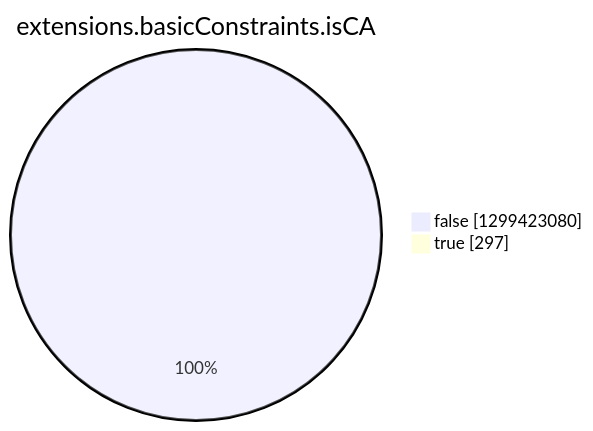
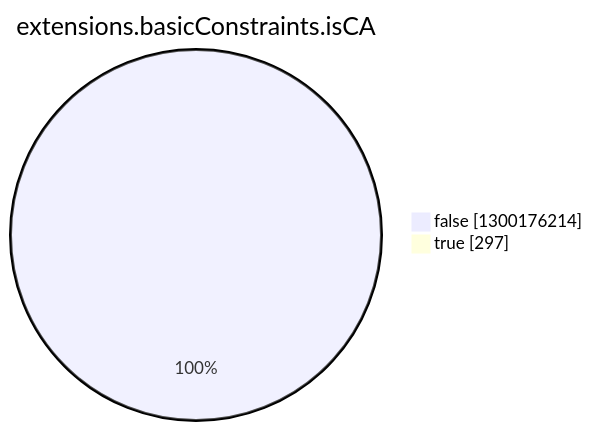
One commit to christiankrug/ctmonitor_visualization changed the eighth of 15 diagrams in argon2022/README.md. Above: the diagram before and after it, drawn with Mermaid. The commit also changed other lines of this file, not shown here.

````diff
--- a/argon2022/README.md
+++ b/argon2022/README.md
@@ -2757,6 +2757,6 @@
 ```mermaid
 pie showData
 title extensions.basicConstraints.isCA
-"false" :1299423080
+"false" :1300176214
 "true" :297
 ```
````
